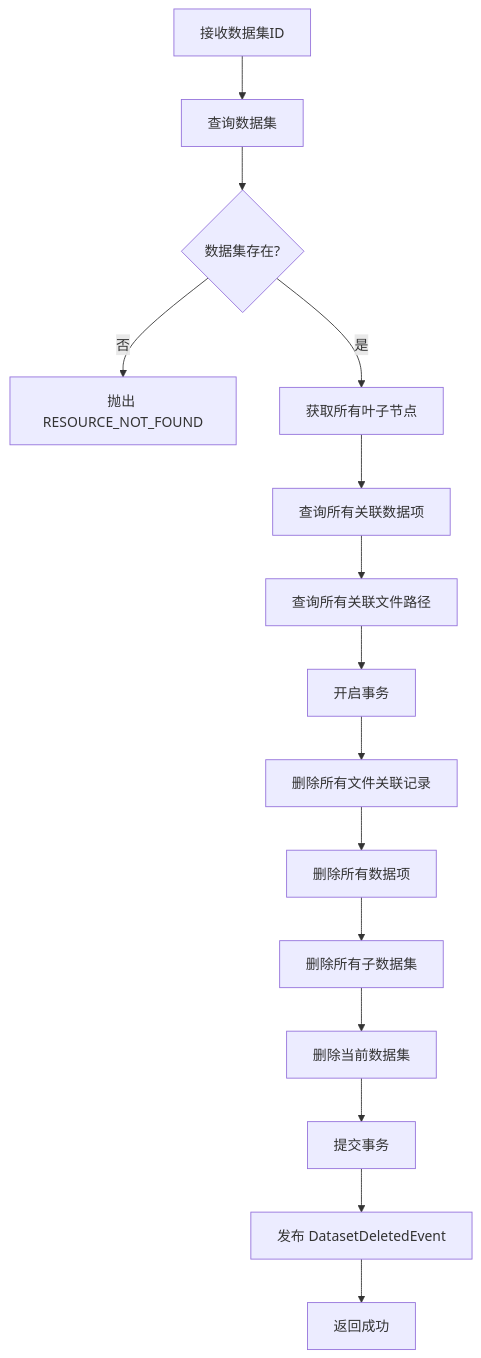
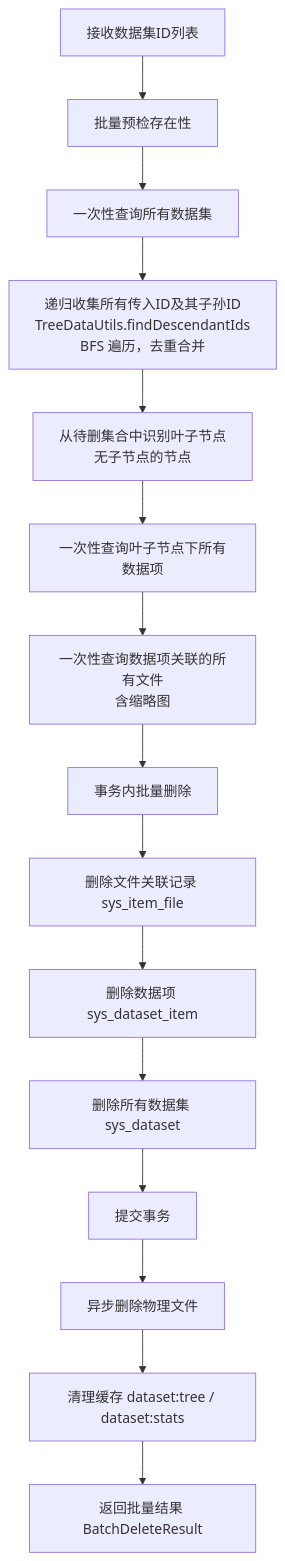
One commit to earthy-zinc/dehaze-system changed the third of 4 diagrams in dehaze-doc/docs/03-模块设计/核心模块/数据集管理/后端实现.md. Above: the diagram before and after it, drawn with Mermaid. The commit also changed other lines of this file and 73 other files, not shown here.

````diff
--- a/dehaze-doc/docs/03-模块设计/核心模块/数据集管理/后端实现.md
+++ b/dehaze-doc/docs/03-模块设计/核心模块/数据集管理/后端实现.md
@@ -162,17 +162,17 @@
 ```mermaid
 graph TD
-    A[接收数据集ID] --> B[查询数据集]
-    B --> C{数据集存在?}
-    C -->|否| D[抛出 RESOURCE_NOT_FOUND]
-    C -->|是| E[获取所有叶子节点]
-    E --> F[查询所有关联数据项]
-    F --> G[查询所有关联文件路径]
-    G --> H[开启事务]
-    H --> I[删除所有文件关联记录]
-    I --> J[删除所有数据项]
-    J --> K[删除所有子数据集]
-    K --> L[删除当前数据集]
-    L --> M[提交事务]
-    M --> N[发布 DatasetDeletedEvent]
-    N --> O[返回成功]
+    A[接收数据集ID列表] --> B[批量预检存在性]
+    B --> C[一次性查询所有数据集]
+    C --> D[递归收集所有传入ID及其子孙ID<br/>TreeDataUtils.findDescendantIds<br/>BFS 遍历，去重合并]
+    D --> E[从待删集合中识别叶子节点<br/>无子节点的节点]
+    E --> F[一次性查询叶子节点下所有数据项]
+    F --> G[一次性查询数据项关联的所有文件<br/>含缩略图]
+    G --> H[事务内批量删除]
+    H --> I[删除文件关联记录 sys_item_file]
+    I --> J[删除数据项 sys_dataset_item]
+    J --> K[删除所有数据集 sys_dataset]
+    K --> L[提交事务]
+    L --> M[异步删除物理文件]
+    M --> N[清理缓存 dataset:tree / dataset:stats]
+    N --> O[返回批量结果 BatchDeleteResult]
 ```
````
